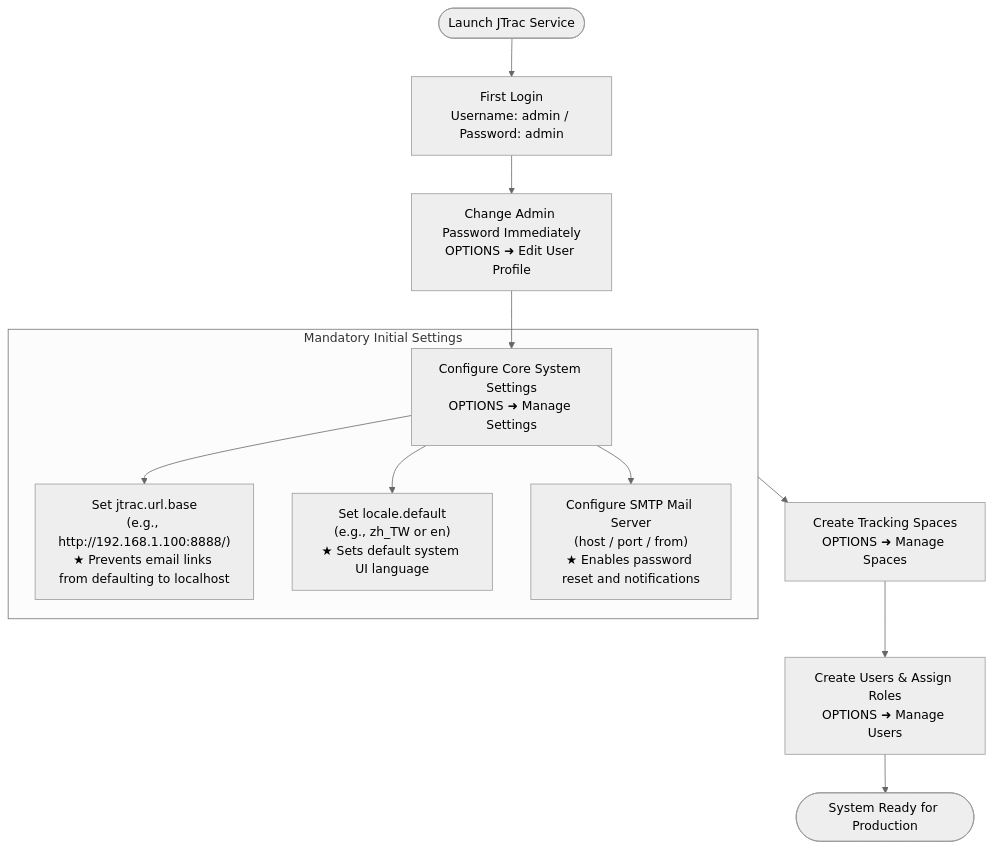
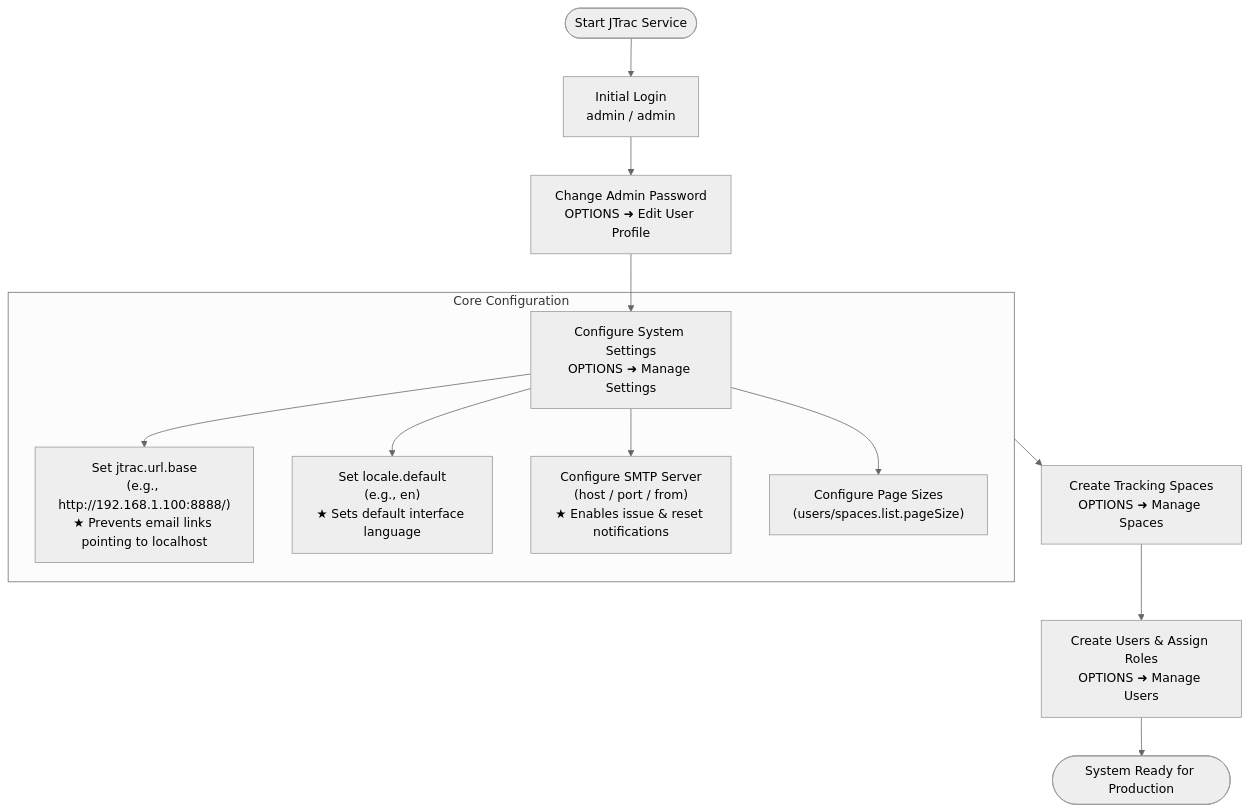
The diagram in docs/admin/ADMIN_GUIDE_en.md (WilliamFromTW/jtrac), drawn with Mermaid (neutral theme) before and after one commit. The commit also changed other lines of this file and 57 other files, not shown here.

````diff
--- a/docs/admin/ADMIN_GUIDE_en.md
+++ b/docs/admin/ADMIN_GUIDE_en.md
@@ -83,16 +66,17 @@
 ```mermaid
 flowchart TD
-    Start([Launch JTrac Service]) --> Login[First Login<br/>Username: admin / Password: admin]
-    Login --> ChangePwd[Change Admin Password Immediately<br/>OPTIONS ➜ Edit User Profile]
-    ChangePwd --> ConfigSettings[Configure Core System Settings<br/>OPTIONS ➜ Manage Settings]
+    Start([Start JTrac Service]) --> Login[Initial Login<br/>admin / admin]
+    Login --> ChangePwd[Change Admin Password<br/>OPTIONS ➜ Edit User Profile]
+    ChangePwd --> ConfigSettings[Configure System Settings<br/>OPTIONS ➜ Manage Settings]
     
-    subgraph CriticalSettings [Mandatory Initial Settings]
-        ConfigSettings --> SetUrlBase["Set jtrac.url.base<br/>(e.g., http://192.168.1.100:8888/)<br/>★ Prevents email links from defaulting to localhost"]
-        ConfigSettings --> SetLocale["Set locale.default<br/>(e.g., zh_TW or en)<br/>★ Sets default system UI language"]
-        ConfigSettings --> SetSMTP["Configure SMTP Mail Server<br/>(host / port / from)<br/>★ Enables password reset and notifications"]
+    subgraph CriticalSettings [Core Configuration]
+        ConfigSettings --> SetUrlBase["Set jtrac.url.base<br/>(e.g., http://192.168.1.100:8888/)<br/>★ Prevents email links pointing to localhost"]
+        ConfigSettings --> SetLocale["Set locale.default<br/>(e.g., en)<br/>★ Sets default interface language"]
+        ConfigSettings --> SetSMTP["Configure SMTP Server<br/>(host / port / from)<br/>★ Enables issue & reset notifications"]
+        ConfigSettings --> SetPaging["Configure Page Sizes<br/>(users/spaces.list.pageSize)"]
     end
     
     CriticalSettings --> CreateSpaces[Create Tracking Spaces<br/>OPTIONS ➜ Manage Spaces]
     CreateSpaces --> CreateUsers[Create Users & Assign Roles<br/>OPTIONS ➜ Manage Users]
     CreateUsers --> Finish([System Ready for Production])
 ```
````
